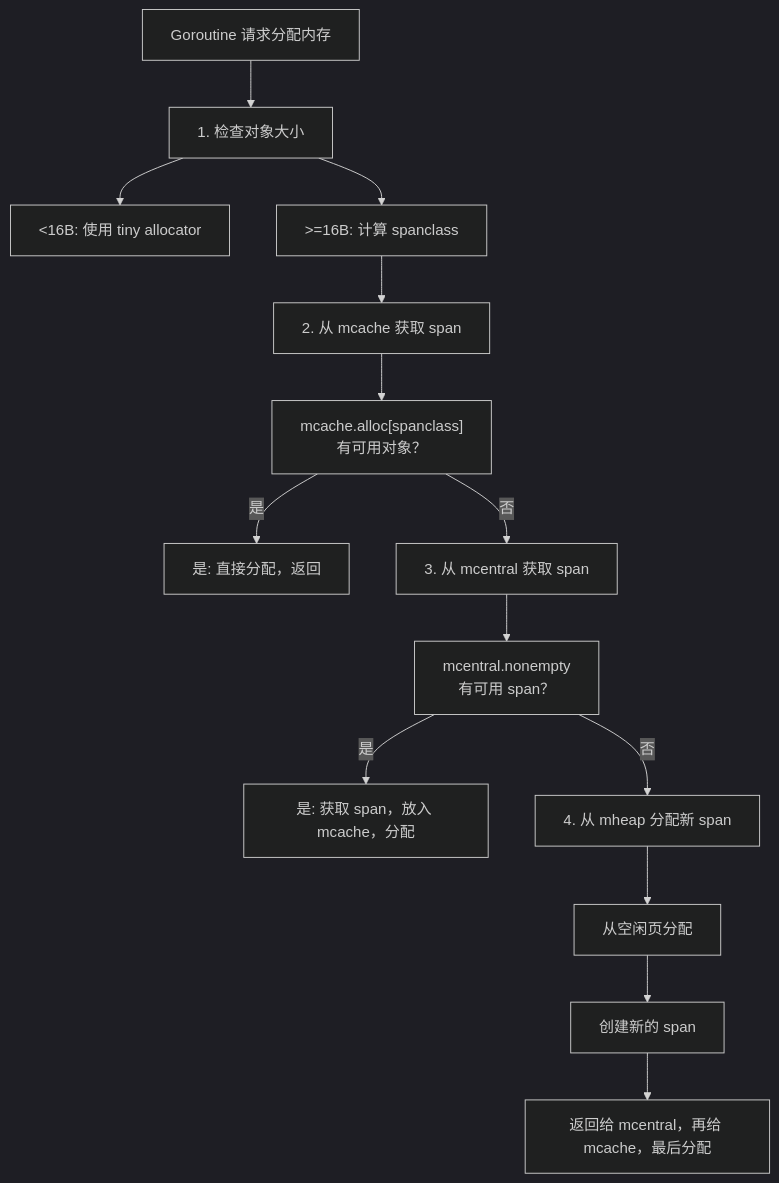
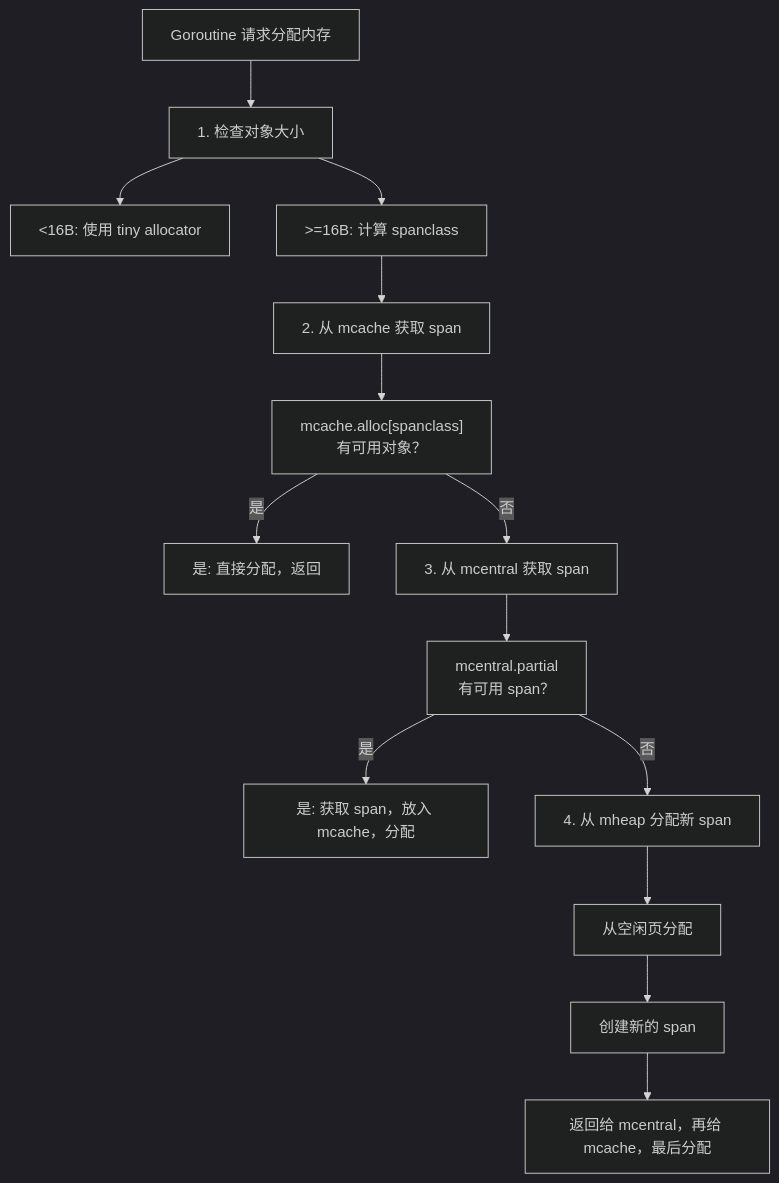
One commit to djaigoo/blog changed diagram 13 of 27 in _posts/golang/内存分配器.md. Above: the diagram before and after it, drawn with Mermaid (dark theme). The commit also changed other lines of this file and 109 other files, not shown here.

````diff
--- a/_posts/golang/内存分配器.md
+++ b/_posts/golang/内存分配器.md
@@ -278,31 +870,31 @@
 ```mermaid
 flowchart TD
     Start["Goroutine 请求分配内存"]
     Step1["1. 检查对象大小"]
     Tiny["<16B: 使用 tiny allocator"]
     Calc[">=16B: 计算 spanclass"]
     Step2["2. 从 mcache 获取 span"]
     Check1["mcache.alloc[spanclass]<br/>有可用对象？"]
     Alloc1["是: 直接分配，返回"]
     Step3["3. 从 mcentral 获取 span"]
-    Check2["mcentral.nonempty<br/>有可用 span？"]
+    Check2["mcentral.partial<br/>有可用 span？"]
     Alloc2["是: 获取 span，放入 mcache，分配"]
     Step4["4. 从 mheap 分配新 span"]
     AllocPage["从空闲页分配"]
     CreateSpan["创建新的 span"]
     Return["返回给 mcentral，再给 mcache，最后分配"]
     
     Start --> Step1
     Step1 --> Tiny
     Step1 --> Calc
     Calc --> Step2
     Step2 --> Check1
     Check1 -->|是| Alloc1
     Check1 -->|否| Step3
     Step3 --> Check2
     Check2 -->|是| Alloc2
     Check2 -->|否| Step4
     Step4 --> AllocPage
     AllocPage --> CreateSpan
     CreateSpan --> Return
 ```
````
